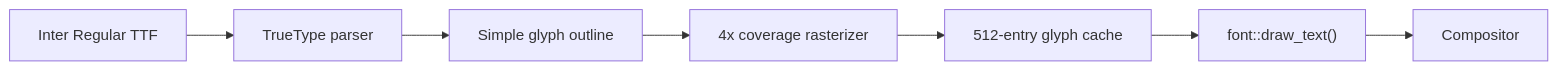
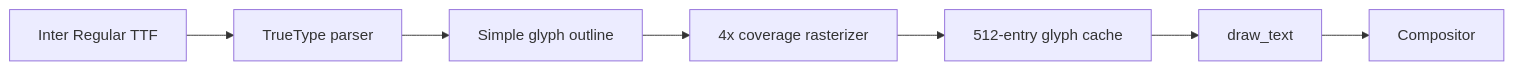
Before and after one commit to NotY215/NotYVOS: the first of 2 diagrams in docs/fonts.md, drawn with Mermaid. The commit also changed other lines of this file and 3 other files, not shown here.

First line of the commit message:
Avoid Mermaid class tokens in TrueType diagram labels

````diff
--- a/docs/fonts.md
+++ b/docs/fonts.md
@@ -39,9 +39,9 @@
 ```mermaid
 flowchart LR
-    TTF["Inter Regular TTF"] --> PARSE["TrueType parser"]
-    PARSE --> GLYPH["Simple glyph outline"]
-    GLYPH --> RASTER["4x coverage rasterizer"]
-    RASTER --> CACHE["512-entry glyph cache"]
-    CACHE --> DRAW["font::draw_text()"]
-    DRAW --> COMP["Compositor"]
+    TTF[Inter Regular TTF] --> PARSE[TrueType parser]
+    PARSE --> GLYPH[Simple glyph outline]
+    GLYPH --> RASTER[4x coverage rasterizer]
+    RASTER --> CACHE[512-entry glyph cache]
+    CACHE --> DRAW[draw_text]
+    DRAW --> COMP[Compositor]
 ```
````
